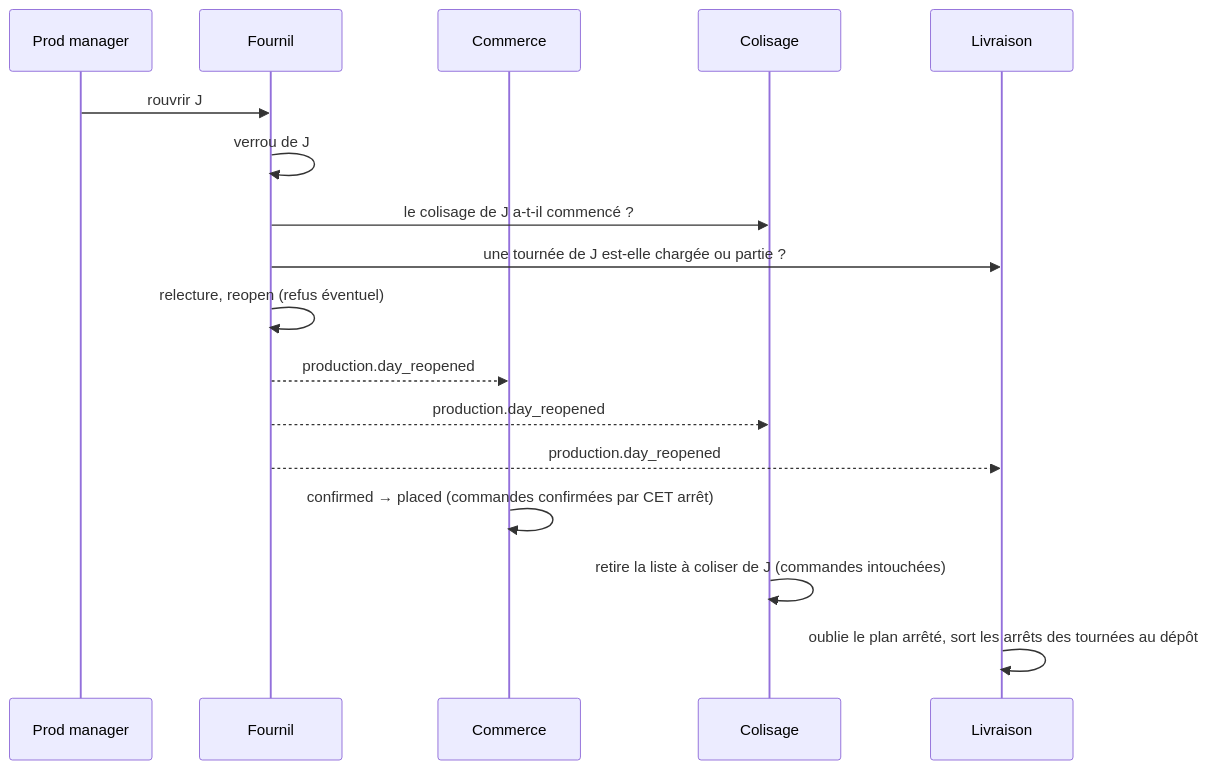
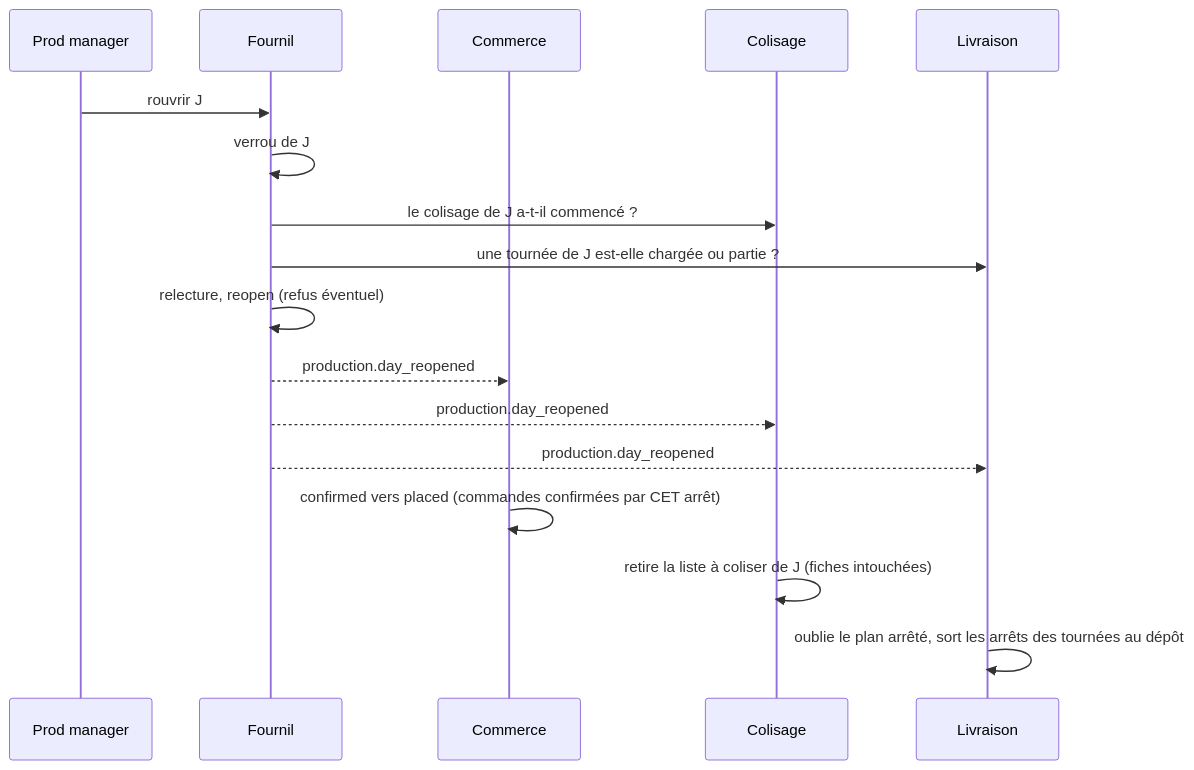
Before and after one commit to hugoheynard/lfd: the second of 2 diagrams in documentation/fournil/arret-du-plan.md, drawn with Mermaid. The commit also changed other lines of this file and 173 other files, not shown here.

````diff
--- a/documentation/fournil/arret-du-plan.md
+++ b/documentation/fournil/arret-du-plan.md
@@ -233,19 +144,19 @@
 ```mermaid
 sequenceDiagram
     participant É as Prod manager
     participant F as Fournil
     participant C as Commerce
     participant K as Colisage
     participant L as Livraison
     É->>F: rouvrir J
     F->>F: verrou de J
     F->>K: le colisage de J a-t-il commencé ?
     F->>L: une tournée de J est-elle chargée ou partie ?
     F->>F: relecture, reopen (refus éventuel)
     F-->>C: production.day_reopened
     F-->>K: production.day_reopened
     F-->>L: production.day_reopened
-    C->>C: confirmed → placed (commandes confirmées par CET arrêt)
-    K->>K: retire la liste à coliser de J (commandes intouchées)
+    C->>C: confirmed vers placed (commandes confirmées par CET arrêt)
+    K->>K: retire la liste à coliser de J (fiches intouchées)
     L->>L: oublie le plan arrêté, sort les arrêts des tournées au dépôt
 ```
````
